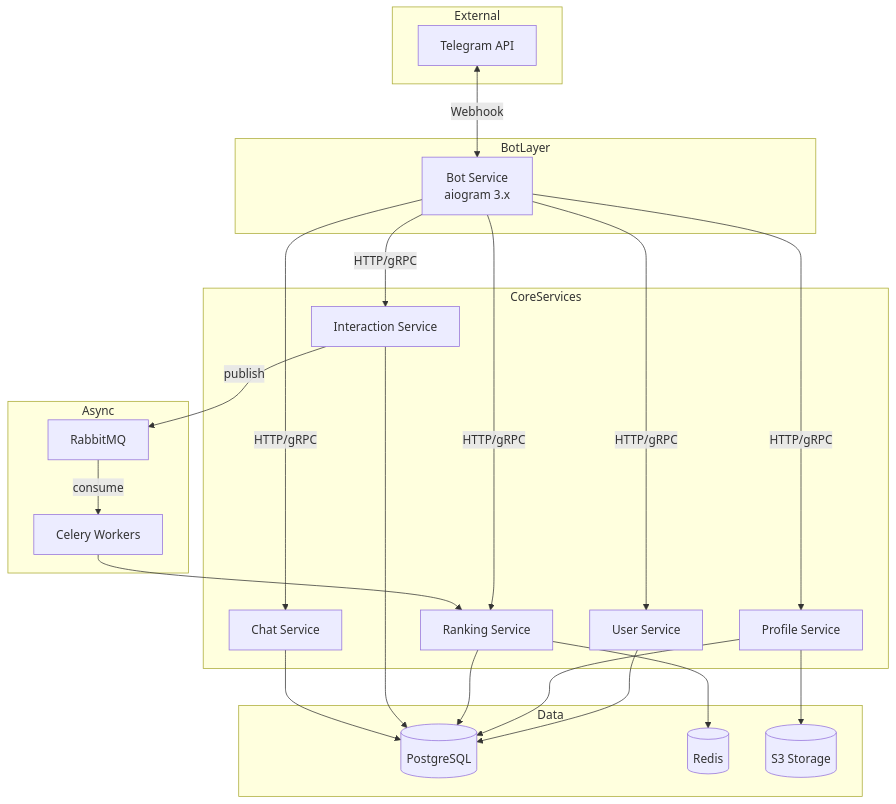
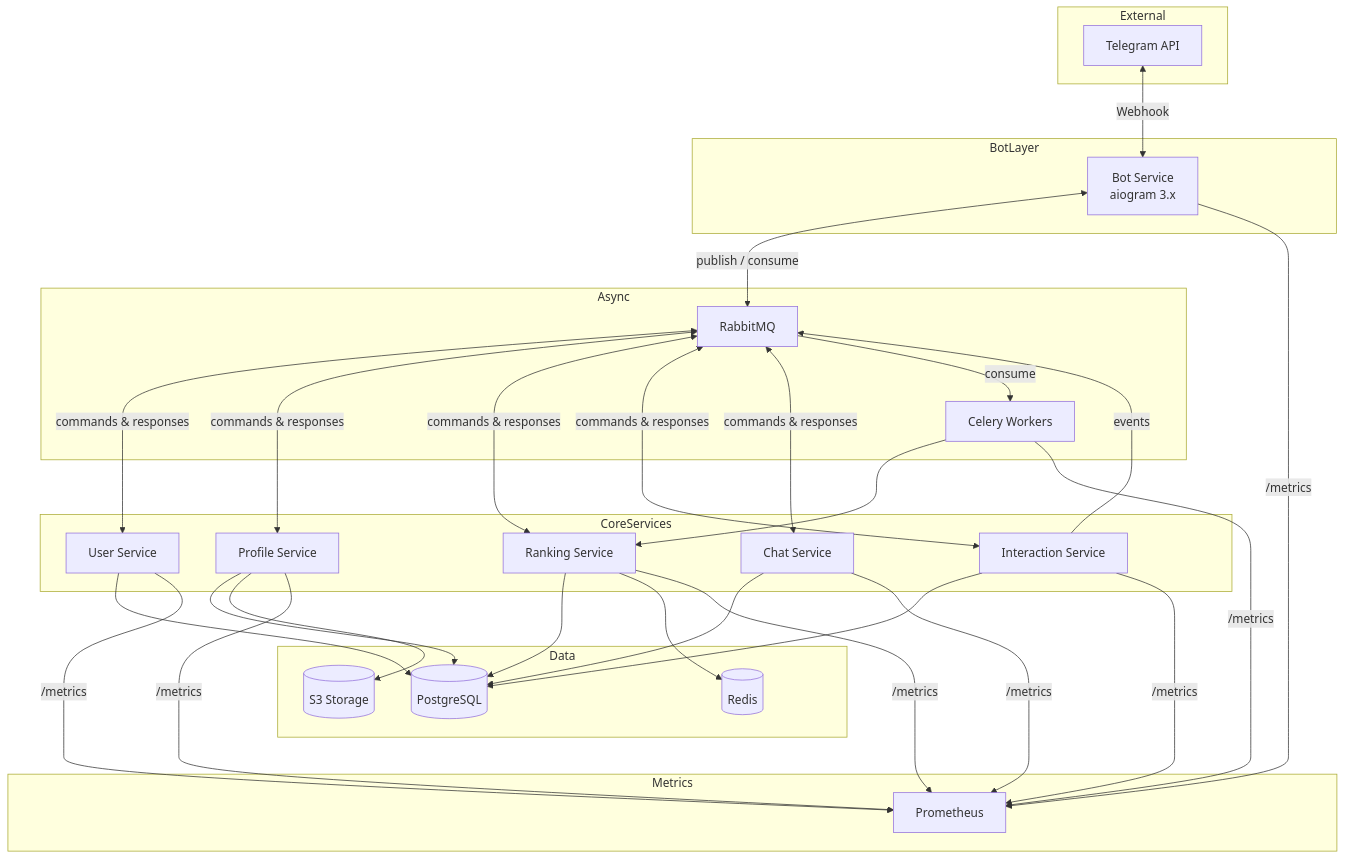
One commit to brikkerdev/DatingBot changed the diagram in docs/02-architecture.md. Above: the diagram before and after it, drawn with Mermaid. The commit also changed other lines of this file, not shown here.

Commit message:
updated data flow docs

````diff
--- a/docs/02-architecture.md
+++ b/docs/02-architecture.md
@@ -3,47 +5,63 @@
 ```mermaid
 flowchart TB
     subgraph External
         TG[Telegram API]
     end
 
     subgraph BotLayer
         Bot[Bot Service<br/>aiogram 3.x]
+    end
+
+    subgraph Async
+        MQ[RabbitMQ]
+        Celery[Celery Workers]
     end
 
     subgraph CoreServices
         User[User Service]
         Profile[Profile Service]
         Rank[Ranking Service]
         Interact[Interaction Service]
         Chat[Chat Service]
     end
 
     subgraph Data
         DB[(PostgreSQL)]
         Redis[(Redis)]
         S3[(S3 Storage)]
     end
 
-    subgraph Async
-        MQ[RabbitMQ]
-        Celery[Celery Workers]
+    subgraph Metrics
+        Prometheus[Prometheus]
     end
 
     TG <-->|Webhook| Bot
-    Bot -->|HTTP/gRPC| User
-    Bot -->|HTTP/gRPC| Profile
-    Bot -->|HTTP/gRPC| Rank
-    Bot -->|HTTP/gRPC| Interact
-    Bot -->|HTTP/gRPC| Chat
+    Bot <-->|publish / consume| MQ
+    MQ <-->|commands & responses| User
+    MQ <-->|commands & responses| Profile
+    MQ <-->|commands & responses| Rank
+    MQ <-->|commands & responses| Interact
+    MQ <-->|commands & responses| Chat
+
+    Interact -->|events| MQ
+    MQ -->|consume| Celery
+    Celery --> Rank
 
     User --> DB
     Profile --> DB
     Profile --> S3
     Rank --> DB
     Rank --> Redis
     Interact --> DB
-    Interact -->|publish| MQ
-    MQ -->|consume| Celery
-    Celery --> Rank
     Chat --> DB
+
+    Bot -->|/metrics| Prometheus
+    User -->|/metrics| Prometheus
+    Profile -->|/metrics| Prometheus
+    Rank -->|/metrics| Prometheus
+    Interact -->|/metrics| Prometheus
+    Chat -->|/metrics| Prometheus
+    Celery -->|/metrics| Prometheus
+
+    Data ~~~ Metrics
 ```
````
